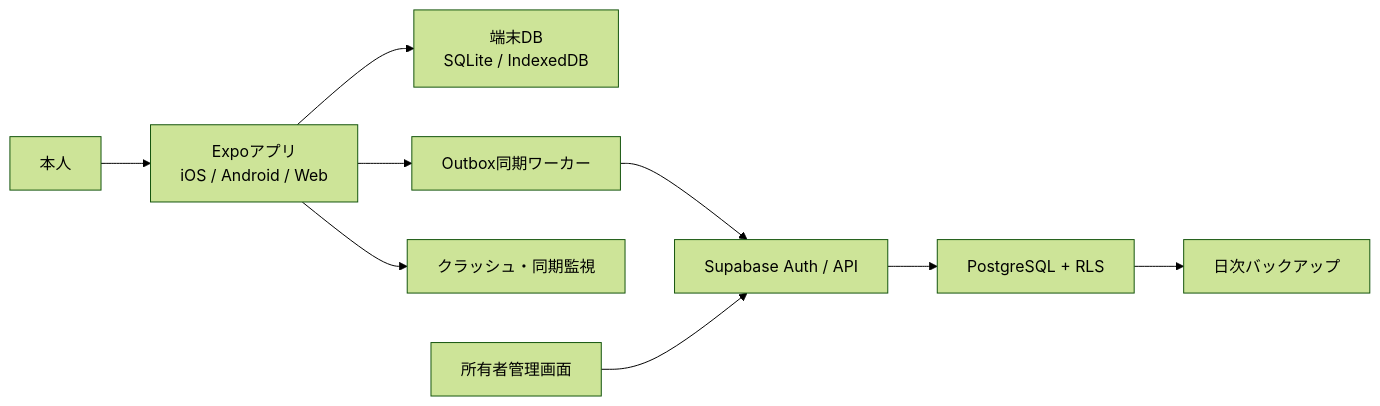
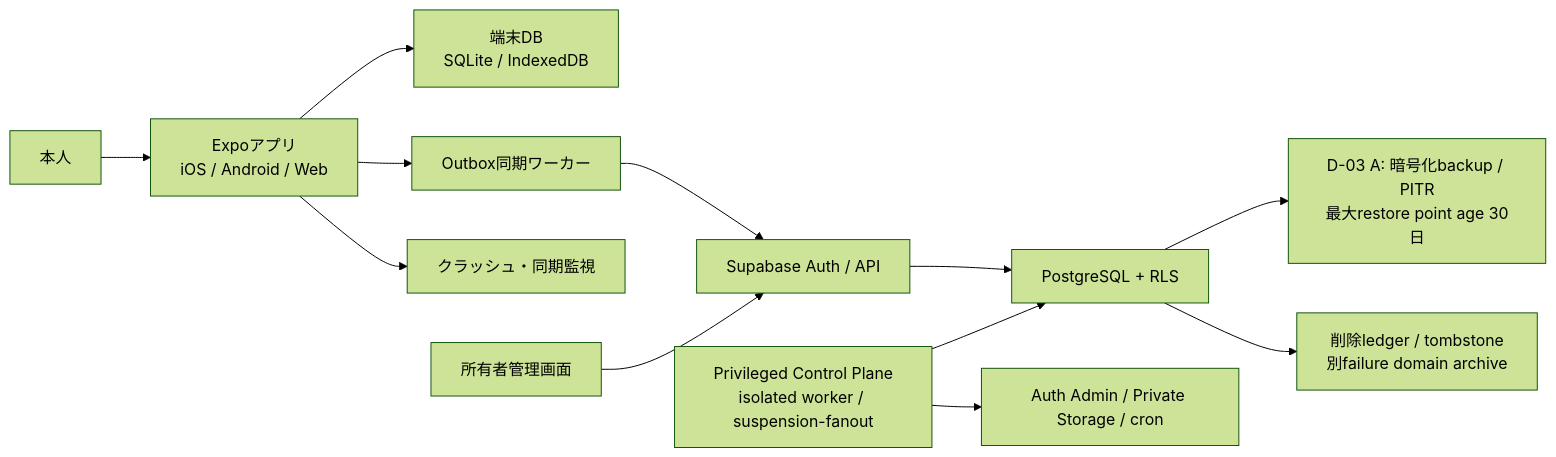
Before and after one commit to Y-Kanekoo/jstqb-study-app: the diagram in docs/architecture.md, drawn with Mermaid (forest theme). The commit also changed other lines of this file and 19 other files, not shown here.

````diff
--- a/docs/architecture.md
+++ b/docs/architecture.md
@@ -18,11 +19,14 @@
 ```mermaid
 flowchart LR
   U["本人"] --> C["Expoアプリ\niOS / Android / Web"]
   C --> L["端末DB\nSQLite / IndexedDB"]
   C --> O["Outbox同期ワーカー"]
   O --> A["Supabase Auth / API"]
   A --> P["PostgreSQL + RLS"]
-  P --> B["日次バックアップ"]
+  W["Privileged Control Plane\nisolated worker / suspension-fanout"] --> P
+  W --> X["Auth Admin / Private Storage / cron"]
+  P --> B["D-03 A: 暗号化backup / PITR\n最大restore point age 30日"]
+  P --> D["削除ledger / tombstone\n別failure domain archive"]
   C --> M["クラッシュ・同期監視"]
   Admin["所有者管理画面"] --> A
 ```
````
